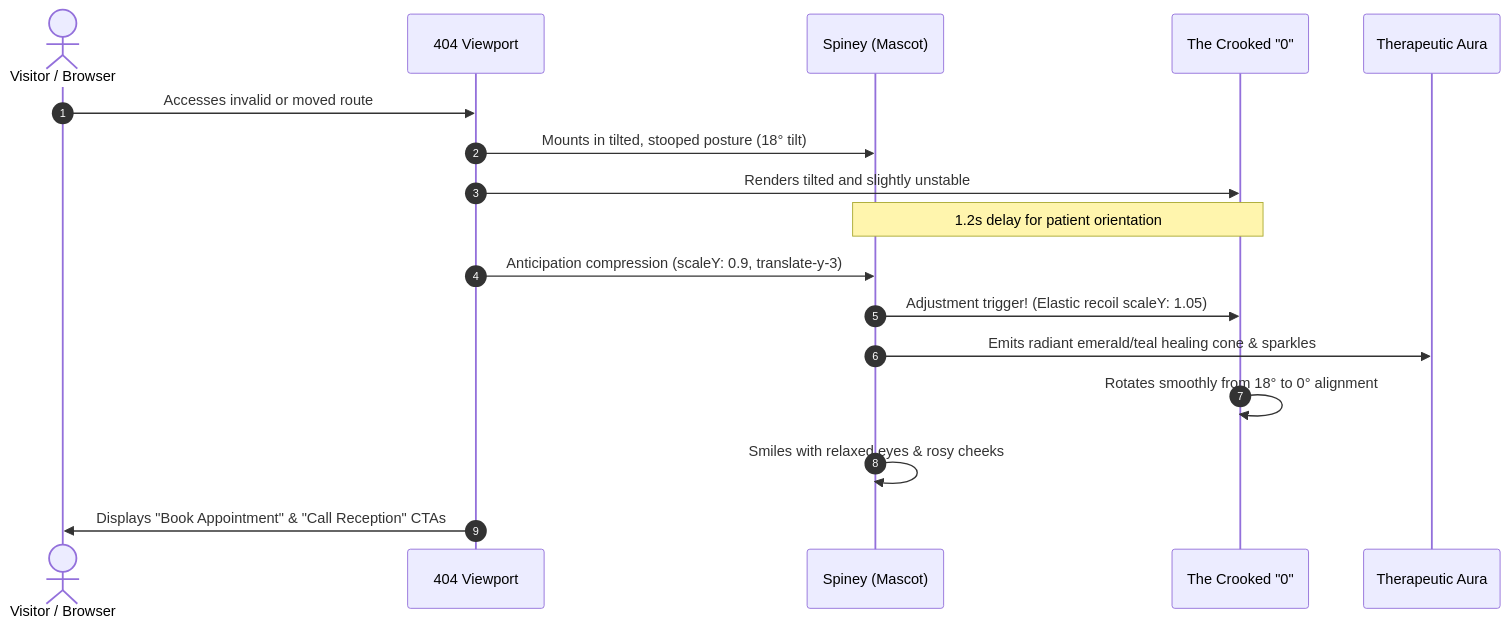
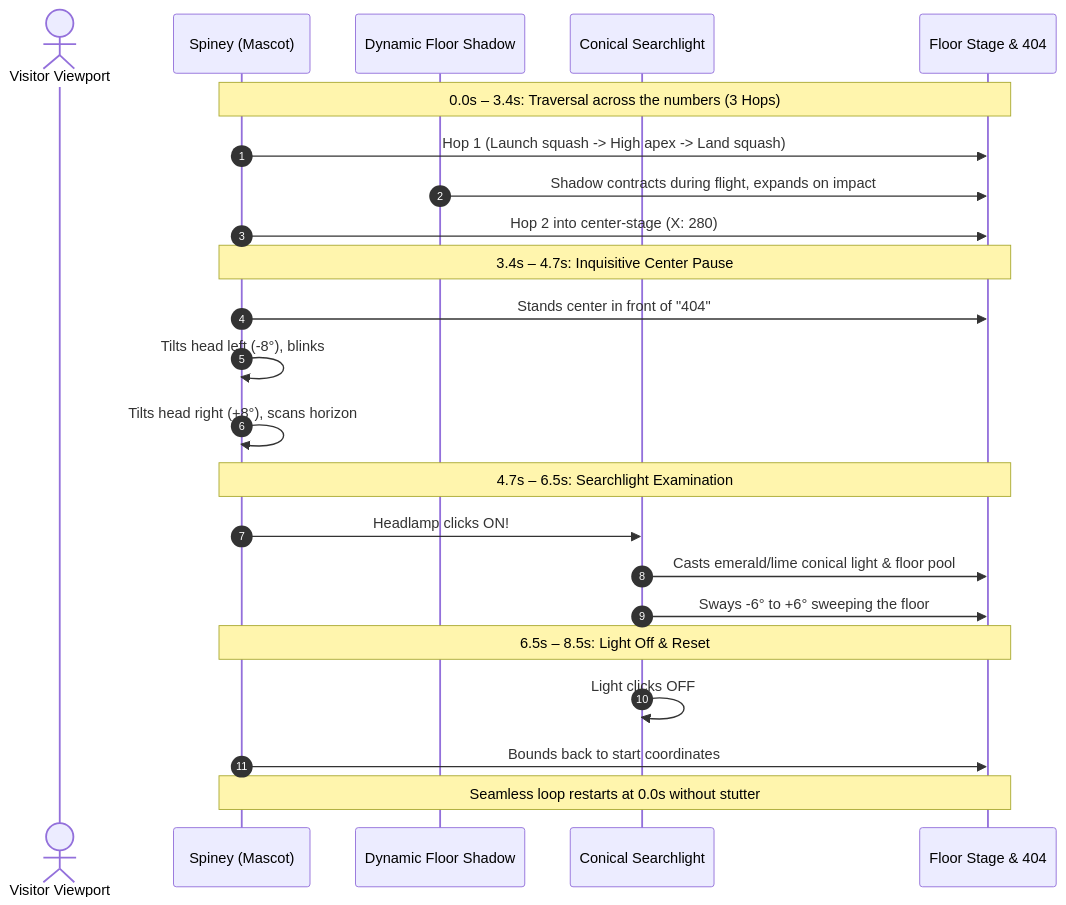
Before and after one commit to echelonsystemsgd-deep/healthwisechiropracticclinic: the diagram in implementation/404_animation_experience.md, drawn with Mermaid. The commit also changed other lines of this file and 1 other file, not shown here.

Commit message:
docs(implementation): sync 404 animation experience specs with continuous looping searchlight mechanics

````diff
--- a/implementation/404_animation_experience.md
+++ b/implementation/404_animation_experience.md
@@ -44,20 +43,29 @@
 ```mermaid
 sequenceDiagram
     autonumber
-    actor Patient as Visitor / Browser
-    participant Stage as 404 Viewport
+    actor Visitor as Visitor Viewport
     participant Spiney as Spiney (Mascot)
-    participant Zero as The Crooked "0"
-    participant Halo as Therapeutic Aura
+    participant Shadow as Dynamic Floor Shadow
+    participant Beam as Conical Searchlight
+    participant Floor as Floor Stage & 404
 
-    Patient->>Stage: Accesses invalid or moved route
-    Stage->>Spiney: Mounts in tilted, stooped posture (18° tilt)
-    Stage->>Zero: Renders tilted and slightly unstable
-    Note over Spiney,Zero: 1.2s delay for patient orientation
-    Stage->>Spiney: Anticipation compression (scaleY: 0.9, translate-y-3)
-    Spiney->>Zero: Adjustment trigger! (Elastic recoil scaleY: 1.05)
-    Spiney->>Halo: Emits radiant emerald/teal healing cone & sparkles
-    Zero->>Zero: Rotates smoothly from 18° to 0° alignment
-    Spiney->>Spiney: Smiles with relaxed eyes & rosy cheeks
-    Stage->>Patient: Displays "Book Appointment" & "Call Reception" CTAs
+    Note over Spiney, Floor: 0.0s – 3.4s: Traversal across the numbers (3 Hops)
+    Spiney->>Floor: Hop 1 (Launch squash -> High apex -> Land squash)
+    Shadow->>Floor: Shadow contracts during flight, expands on impact
+    Spiney->>Floor: Hop 2 into center-stage (X: 280)
+    
+    Note over Spiney, Floor: 3.4s – 4.7s: Inquisitive Center Pause
+    Spiney->>Floor: Stands center in front of "404"
+    Spiney->>Spiney: Tilts head left (-8°), blinks
+    Spiney->>Spiney: Tilts head right (+8°), scans horizon
+
+    Note over Spiney, Floor: 4.7s – 6.5s: Searchlight Examination
+    Spiney->>Beam: Headlamp clicks ON!
+    Beam->>Floor: Casts emerald/lime conical light & floor pool
+    Beam->>Floor: Sways -6° to +6° sweeping the floor
+    
+    Note over Spiney, Floor: 6.5s – 8.5s: Light Off & Reset
+    Beam->>Beam: Light clicks OFF
+    Spiney->>Floor: Bounds back to start coordinates
+    Note over Spiney, Floor: Seamless loop restarts at 0.0s without stutter
 ```
````
